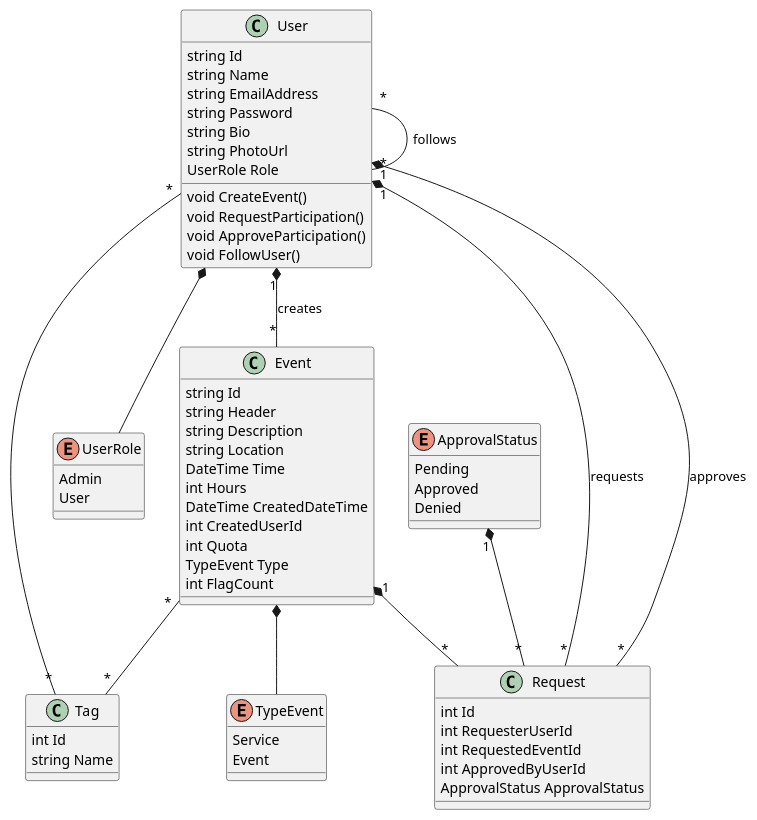
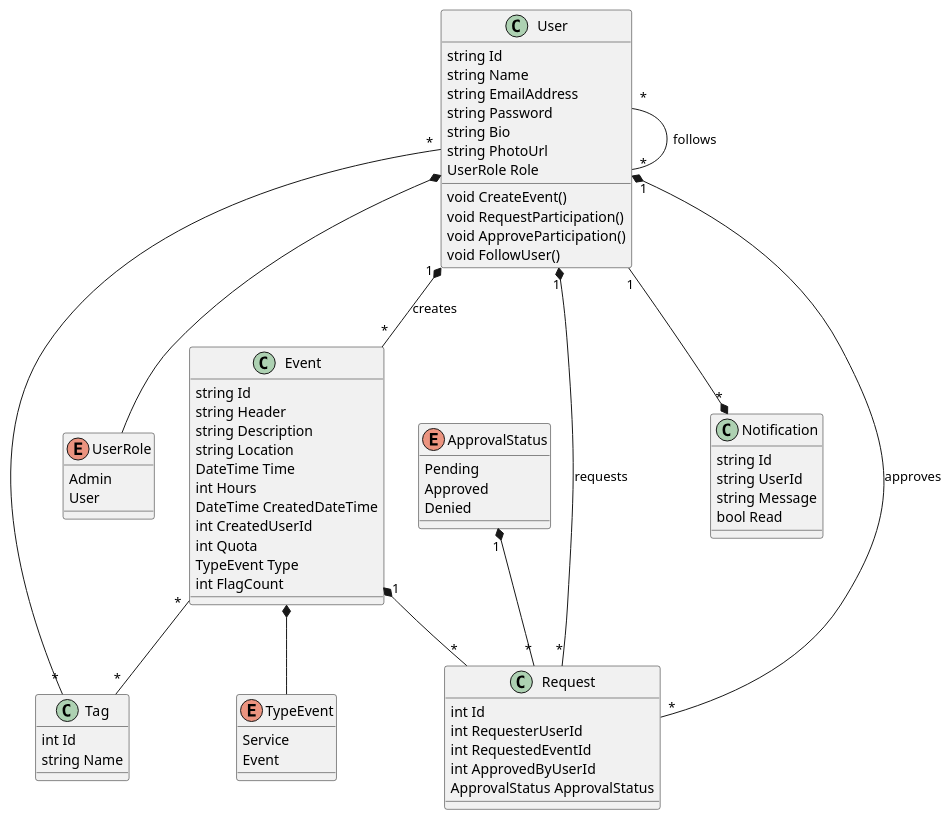
One commit to ecesari/software-development-practice changed the diagram in diagrams/class-diagram.puml. Above: the diagram before and after it, drawn with PlantUML. The commit also changed 3 other files, not shown here.

Commit message:
updated diagrams

```diff
--- a/diagrams/class-diagram.puml
+++ b/diagrams/class-diagram.puml
@@ -1,76 +1,86 @@
 @startuml Class
 class User {
     string Id
     string Name
     string EmailAddress
     string Password
     string Bio
     string PhotoUrl
     UserRole Role
     void CreateEvent()
     void RequestParticipation()
     void ApproveParticipation()
     void FollowUser()
 
 }
 
 User "1" *-- "*" Event : creates  
 User "*" -- "*" User : follows  
 
 
 enum UserRole {
     Admin
     User
 }
 
 User  *--  UserRole 
 
 class Event {
     string Id
     string Header
     string Description
     string Location
     DateTime Time
     int Hours
     DateTime CreatedDateTime
     int CreatedUserId
     int Quota
     TypeEvent Type 
     int FlagCount
 }
 
 ' User "1" *-- "*" Event : creates  
 Event  *--  TypeEvent 
 
 enum TypeEvent {
     Service
     Event
 }
 
 class Tag{
     int Id
     string Name
 }
 
 User "*" -- "*" Tag   
 Event "*" -- "*" Tag  
 
 class Request{
     int Id
     int RequesterUserId
     int RequestedEventId
     int ApprovedByUserId
     ApprovalStatus ApprovalStatus
 }
 User "1" *-- "*" Request : requests   
 Event "1" *-- "*" Request  
 User "1" *-- "*" Request : approves   
 ApprovalStatus "1" *-- "*" Request    
 
 enum ApprovalStatus {
     Pending
     Approved
     Denied
 }
 
+class Notification {
+    string Id
+    string UserId
+    string Message
+    bool Read
+}
+
+
+User "1" --* "*" Notification   
+
 @enduml
```
